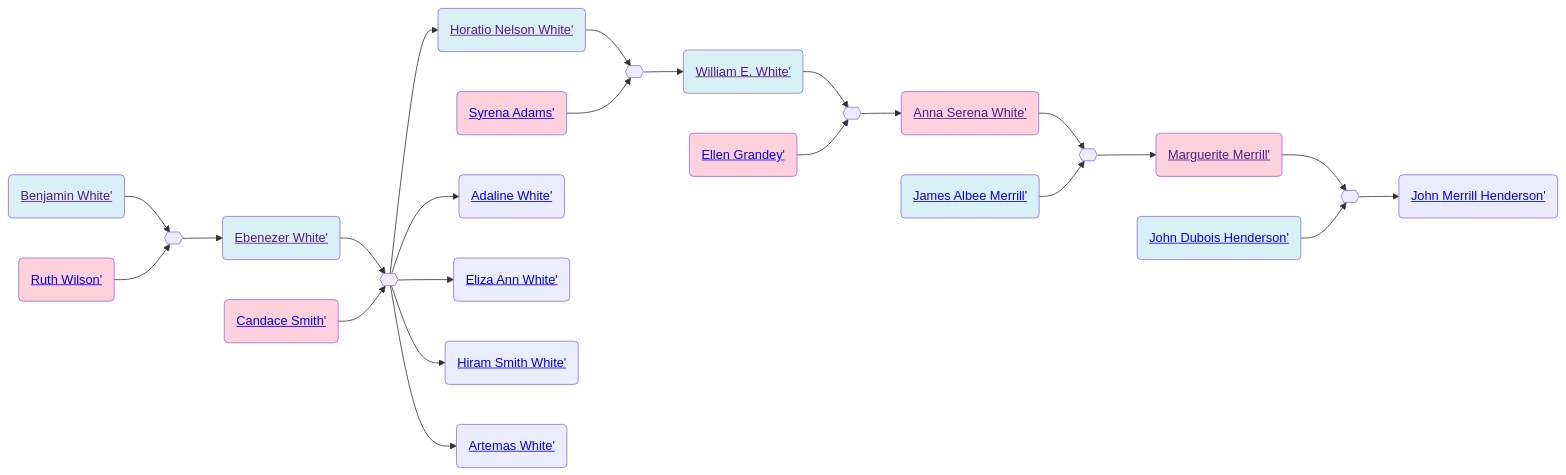
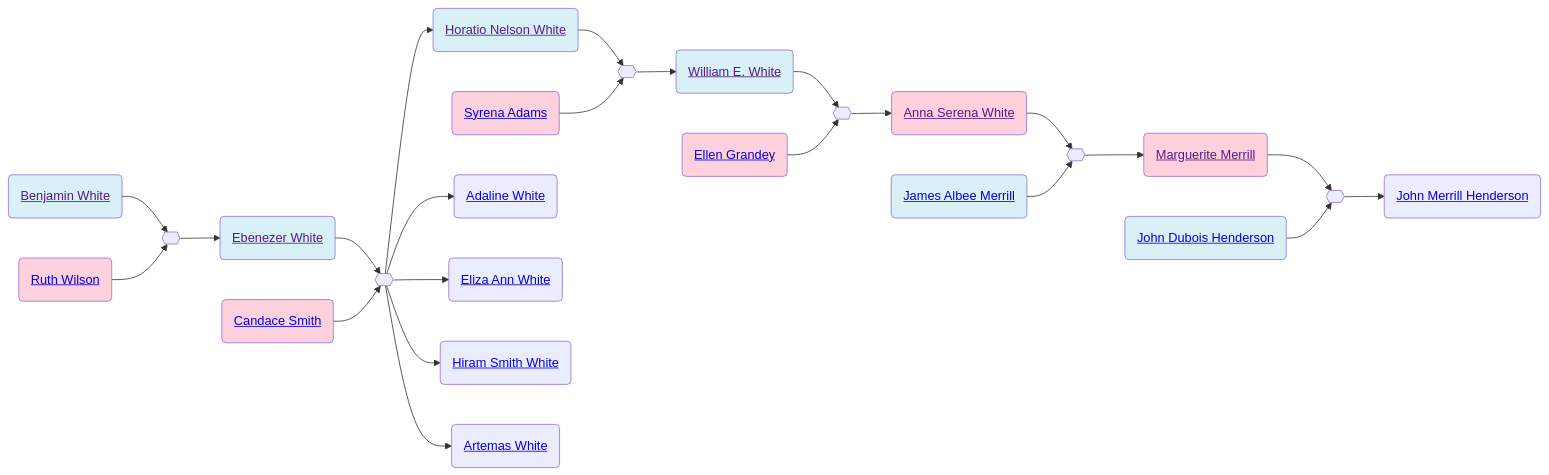
One commit to neelsmith/avocational changed the diagram in familyhistory/sources/people/Merrill-line/White-line/Benjamin_White.qmd. Above: the diagram before and after it, drawn with Mermaid. The commit also changed 96 other files, not shown here.

````diff
--- a/familyhistory/sources/people/Merrill-line/White-line/Benjamin_White.qmd
+++ b/familyhistory/sources/people/Merrill-line/White-line/Benjamin_White.qmd
@@ -26,56 +26,56 @@
 ```{mermaid}
 graph LR
 %% LR descendant diagram
 class Benjamin_White_and_Ruth_Wilson marriage
-Benjamin_White(<a href=''>Benjamin White'</>) --> Benjamin_White_and_Ruth_Wilson{{ }}
-Ruth_Wilson(<a href='./Wilson-line/Ruth_Wilson.html'>Ruth Wilson'</>) --> Benjamin_White_and_Ruth_Wilson{{ }}
+Benjamin_White(<a href=''>Benjamin White</a>) --> Benjamin_White_and_Ruth_Wilson{{ }}
+Ruth_Wilson(<a href='./Wilson-line/Ruth_Wilson.html'>Ruth Wilson</a>) --> Benjamin_White_and_Ruth_Wilson{{ }}
 class Benjamin_White father
 class Ruth_Wilson mother
-Benjamin_White_and_Ruth_Wilson{{ }} --> Ebenezer_White(<a href='./Ebenezer_White.html'>Ebenezer White'</>)
+Benjamin_White_and_Ruth_Wilson{{ }} --> Ebenezer_White(<a href='./Ebenezer_White.html'>Ebenezer White</a>)
 class Ebenezer_White_and_Candace_Smith marriage
-Ebenezer_White(<a href=''>Ebenezer White'</>) --> Ebenezer_White_and_Candace_Smith{{ }}
-Candace_Smith(<a href='./Candace-Smith-line/Candace_Smith.html'>Candace Smith'</>) --> Ebenezer_White_and_Candace_Smith{{ }}
+Ebenezer_White(<a href=''>Ebenezer White</a>) --> Ebenezer_White_and_Candace_Smith{{ }}
+Candace_Smith(<a href='./Candace-Smith-line/Candace_Smith.html'>Candace Smith</a>) --> Ebenezer_White_and_Candace_Smith{{ }}
 class Ebenezer_White father
 class Candace_Smith mother
-Ebenezer_White_and_Candace_Smith{{ }} --> Horatio_Nelson_White(<a href='./Horatio_Nelson_White.html'>Horatio Nelson White'</>)
+Ebenezer_White_and_Candace_Smith{{ }} --> Horatio_Nelson_White(<a href='./Horatio_Nelson_White.html'>Horatio Nelson White</a>)
 class Horatio_Nelson_White_and_Syrena_Adams marriage
-Horatio_Nelson_White(<a href=''>Horatio Nelson White'</>) --> Horatio_Nelson_White_and_Syrena_Adams{{ }}
-Syrena_Adams(<a href='./Syrena_Adams.html'>Syrena Adams'</>) --> Horatio_Nelson_White_and_Syrena_Adams{{ }}
+Horatio_Nelson_White(<a href=''>Horatio Nelson White</a>) --> Horatio_Nelson_White_and_Syrena_Adams{{ }}
+Syrena_Adams(<a href='./Syrena_Adams.html'>Syrena Adams</a>) --> Horatio_Nelson_White_and_Syrena_Adams{{ }}
 class Horatio_Nelson_White father
 class Syrena_Adams mother
-Horatio_Nelson_White_and_Syrena_Adams{{ }} --> William_E._White(<a href='./William_E._White.html'>William E. White'</>)
+Horatio_Nelson_White_and_Syrena_Adams{{ }} --> William_E._White(<a href='./William_E._White.html'>William E. White</a>)
 class William_E._White_and_Ellen_Grandey marriage
-William_E._White(<a href=''>William E. White'</>) --> William_E._White_and_Ellen_Grandey{{ }}
-Ellen_Grandey(<a href='./../Grandey-line/Ellen_Grandey.html'>Ellen Grandey'</>) --> William_E._White_and_Ellen_Grandey{{ }}
+William_E._White(<a href=''>William E. White</a>) --> William_E._White_and_Ellen_Grandey{{ }}
+Ellen_Grandey(<a href='./../Grandey-line/Ellen_Grandey.html'>Ellen Grandey</a>) --> William_E._White_and_Ellen_Grandey{{ }}
 class William_E._White father
 class Ellen_Grandey mother
-William_E._White_and_Ellen_Grandey{{ }} --> Anna_Serena_White(<a href='./Anna_Serena_White.html'>Anna Serena White'</>)
+William_E._White_and_Ellen_Grandey{{ }} --> Anna_Serena_White(<a href='./Anna_Serena_White.html'>Anna Serena White</a>)
 class Anna_Serena_White_and_James_Albee_Merrill marriage
-Anna_Serena_White(<a href=''>Anna Serena White'</>) --> Anna_Serena_White_and_James_Albee_Merrill{{ }}
-James_Albee_Merrill(<a href='./../James_Albee_Merrill.html'>James Albee Merrill'</>) --> Anna_Serena_White_and_James_Albee_Merrill{{ }}
+Anna_Serena_White(<a href=''>Anna Serena White</a>) --> Anna_Serena_White_and_James_Albee_Merrill{{ }}
+James_Albee_Merrill(<a href='./../James_Albee_Merrill.html'>James Albee Merrill</a>) --> Anna_Serena_White_and_James_Albee_Merrill{{ }}
 class James_Albee_Merrill father
 class Anna_Serena_White mother
-Anna_Serena_White_and_James_Albee_Merrill{{ }} --> Marguerite_Merrill(<a href='./../Marguerite_Merrill.html'>Marguerite Merrill'</>)
+Anna_Serena_White_and_James_Albee_Merrill{{ }} --> Marguerite_Merrill(<a href='./../Marguerite_Merrill.html'>Marguerite Merrill</a>)
 class Marguerite_Merrill_and_John_Dubois_Henderson marriage
-Marguerite_Merrill(<a href=''>Marguerite Merrill'</>) --> Marguerite_Merrill_and_John_Dubois_Henderson{{ }}
-John_Dubois_Henderson(<a href='./../Henderson-line/John_Dubois_Henderson.html'>John Dubois Henderson'</>) --> Marguerite_Merrill_and_John_Dubois_Henderson{{ }}
+Marguerite_Merrill(<a href=''>Marguerite Merrill</a>) --> Marguerite_Merrill_and_John_Dubois_Henderson{{ }}
+John_Dubois_Henderson(<a href='./../Henderson-line/John_Dubois_Henderson.html'>John Dubois Henderson</a>) --> Marguerite_Merrill_and_John_Dubois_Henderson{{ }}
 class John_Dubois_Henderson father
 class Marguerite_Merrill mother
-Marguerite_Merrill_and_John_Dubois_Henderson{{ }} --> John_Merrill_Henderson(<a href='./../Henderson-line/John_Merrill_Henderson.html'>John Merrill Henderson'</>)
+Marguerite_Merrill_and_John_Dubois_Henderson{{ }} --> John_Merrill_Henderson(<a href='./../Henderson-line/John_Merrill_Henderson.html'>John Merrill Henderson</a>)
 class Ebenezer_White father
 class Candace_Smith mother
-Ebenezer_White_and_Candace_Smith{{ }} --> Adaline_White(<a href='./Adaline_White.html'>Adaline White'</>)
+Ebenezer_White_and_Candace_Smith{{ }} --> Adaline_White(<a href='./Adaline_White.html'>Adaline White</a>)
 class Ebenezer_White father
 class Candace_Smith mother
-Ebenezer_White_and_Candace_Smith{{ }} --> Eliza_Ann_White(<a href='./Eliza_Ann_White.html'>Eliza Ann White'</>)
+Ebenezer_White_and_Candace_Smith{{ }} --> Eliza_Ann_White(<a href='./Eliza_Ann_White.html'>Eliza Ann White</a>)
 class Ebenezer_White father
 class Candace_Smith mother
-Ebenezer_White_and_Candace_Smith{{ }} --> Hiram_Smith_White(<a href='./Hiram_Smith_White.html'>Hiram Smith White'</>)
+Ebenezer_White_and_Candace_Smith{{ }} --> Hiram_Smith_White(<a href='./Hiram_Smith_White.html'>Hiram Smith White</a>)
 class Ebenezer_White father
 class Candace_Smith mother
-Ebenezer_White_and_Candace_Smith{{ }} --> Artemas_White(<a href='./Artemas_White.html'>Artemas White'</>)
+Ebenezer_White_and_Candace_Smith{{ }} --> Artemas_White(<a href='./Artemas_White.html'>Artemas White</a>)
 classDef mother fill:#ffd1dc
 classDef father fill:#daf0f7  
 classDef marriage fill:#ffffff
 
 ```
````
